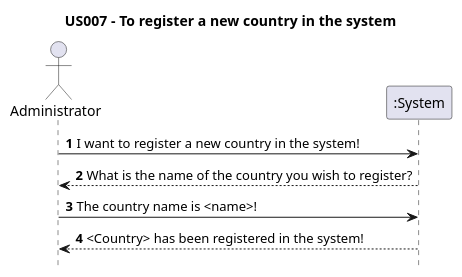
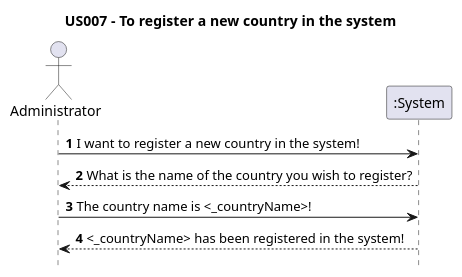
The diagram in Diagrams/SequenceDiagrams/N1/US007-to-register-a-new-country-in-the-system.puml (AndrePereiraGitH/SWitCH-Project-Team_A), drawn with PlantUML before and after one commit. The commit also changed 5 other files, not shown here.

```diff
--- a/Diagrams/SequenceDiagrams/N1/US007-to-register-a-new-country-in-the-system.puml
+++ b/Diagrams/SequenceDiagrams/N1/US007-to-register-a-new-country-in-the-system.puml
@@ -1,15 +1,15 @@
 @startuml
 
 hide footbox
 
 title US007 - To register a new country in the system
 
 actor Administrator
 participant ":System" as System
 
 'Human Interactions between Administrator and System
 Administrator -> System : **1** I want to register a new country in the system!
 System --> Administrator : **2** What is the name of the country you wish to register?
-Administrator -> System : **3** The country name is <name>!
-System --> Administrator : **4** <Country> has been registered in the system!
+Administrator -> System : **3** The country name is <_countryName>!
+System --> Administrator : **4** <_countryName> has been registered in the system!
 @enduml
```
